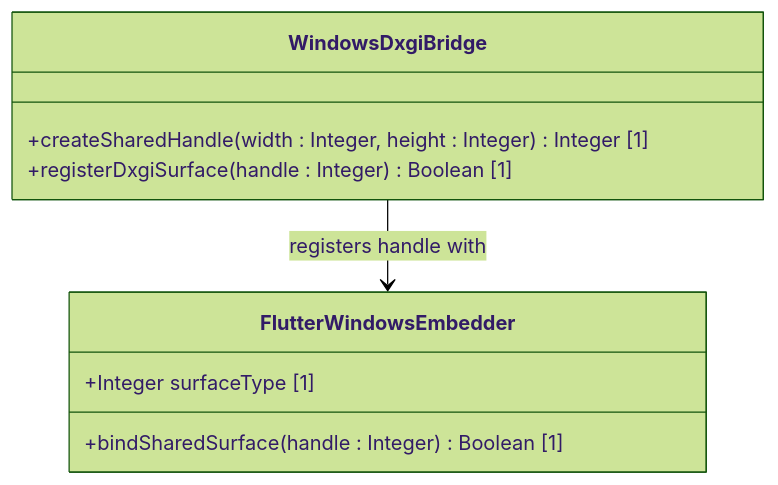
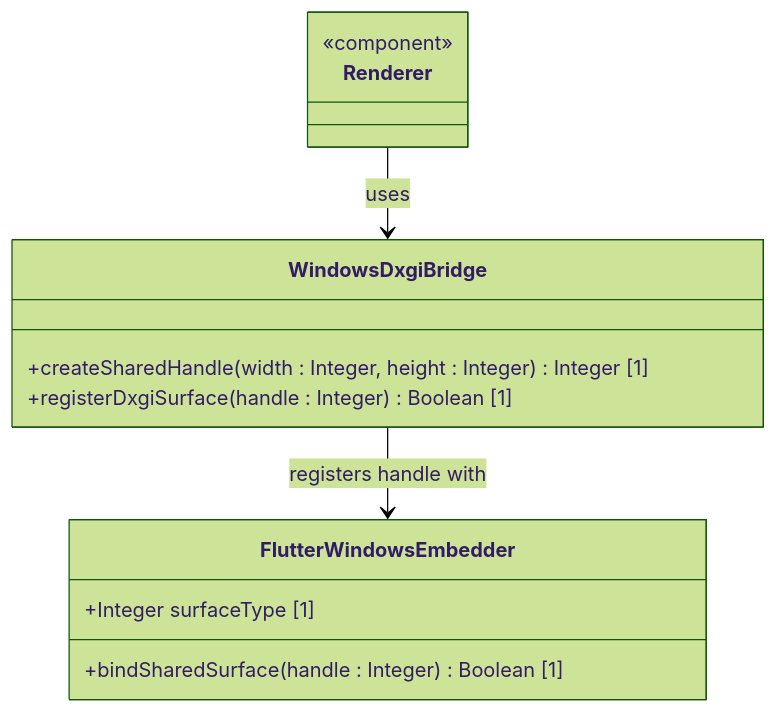
One commit to gintatkinson/3dgs-phoenix changed the diagram in docs/features/feat-47-windows-dxgi-interop.md. Above: the diagram before and after it, drawn with Mermaid (forest theme). The commit also changed 6 other files, not shown here.

Commit message:
docs: resolve UML compliance violations for features 45-50

````diff
--- a/docs/features/feat-47-windows-dxgi-interop.md
+++ b/docs/features/feat-47-windows-dxgi-interop.md
@@ -19,13 +19,17 @@
 ```mermaid
 classDiagram
+    class Renderer {
+        <<component>>
+    }
     class WindowsDxgiBridge {
         +createSharedHandle(width : Integer, height : Integer) Integer [1]
         +registerDxgiSurface(handle : Integer) Boolean [1]
     }
     class FlutterWindowsEmbedder {
         +Integer surfaceType [1]
         +bindSharedSurface(handle : Integer) Boolean [1]
     }
 
+    Renderer --> WindowsDxgiBridge : uses
     WindowsDxgiBridge --> FlutterWindowsEmbedder : registers handle with
 ```
````
